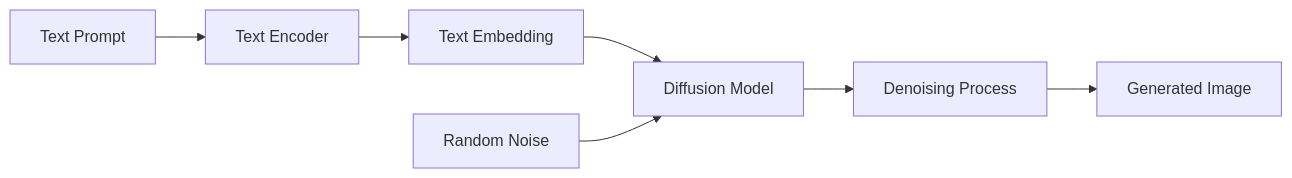
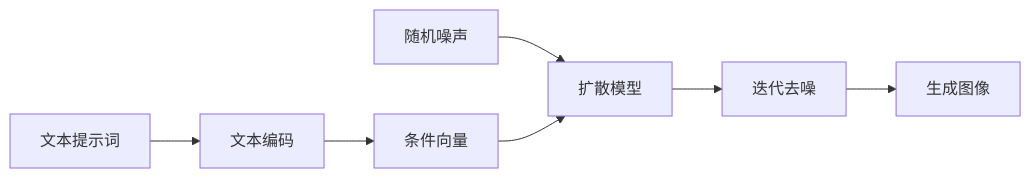
Before and after one commit to tylerelyt/test_bed: the diagram in docs_site/docs/multimodal/image-generation.md, drawn with Mermaid. The commit also changed other lines of this file and 15 other files, not shown here.

First line of the commit message:
feat(rag): OAG ReAct graph reasoning, streaming steps, retrieval subgraph viz

````diff
--- a/docs_site/docs/multimodal/image-generation.md
+++ b/docs_site/docs/multimodal/image-generation.md
@@ -55,9 +39,9 @@
 ```mermaid
 graph LR
-    A[Text Prompt] --> B[Text Encoder]
-    B --> C[Text Embedding]
-    C --> D[Diffusion Model]
-    E[Random Noise] --> D
-    D --> F[Denoising Process]
-    F --> G[Generated Image]
+    A[文本提示词] --> B[文本编码]
+    B --> C[条件向量]
+    D[随机噪声] --> E[扩散模型]
+    C --> E
+    E --> F[迭代去噪]
+    F --> G[生成图像]
 ```
````
